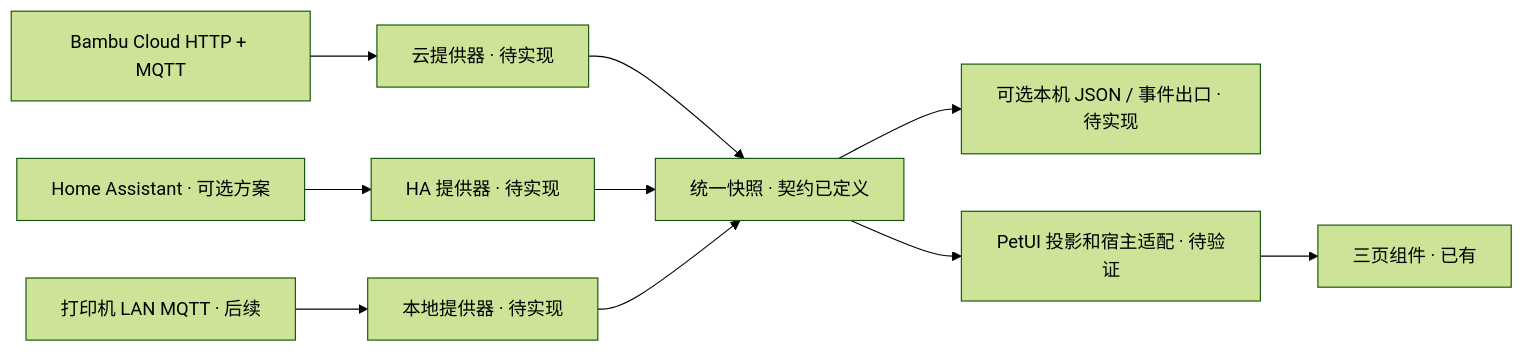
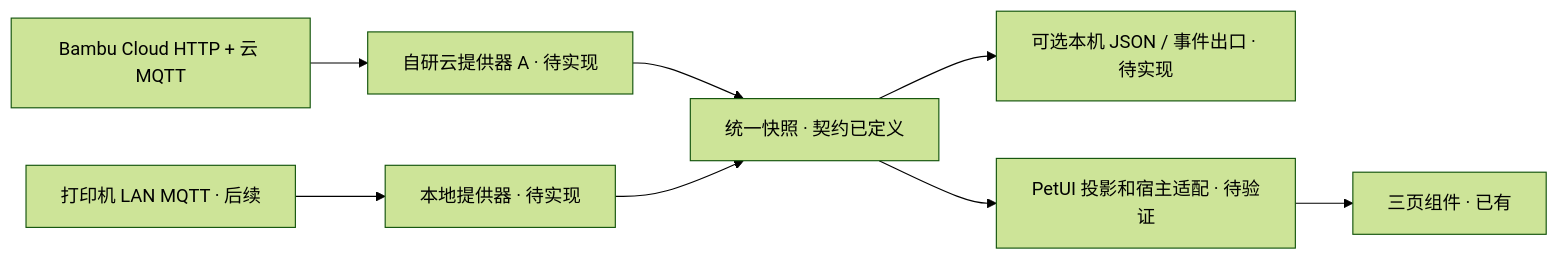
Before and after one commit to UpKiry/bambu-monitor: the diagram in docs/ARCHITECTURE.md, drawn with Mermaid (forest theme). The commit also changed other lines of this file and 11 other files, not shown here.

````diff
--- a/docs/ARCHITECTURE.md
+++ b/docs/ARCHITECTURE.md
@@ -7,12 +7,10 @@
 ```mermaid
 flowchart LR
-    Cloud["Bambu Cloud HTTP + MQTT"] --> CP["云提供器 · 待实现"]
-    HA["Home Assistant · 可选方案"] --> HP["HA 提供器 · 待实现"]
+    Cloud["Bambu Cloud HTTP + 云 MQTT"] --> CP["自研云提供器 A · 待实现"]
     LAN["打印机 LAN MQTT · 后续"] --> LP["本地提供器 · 待实现"]
     CP --> Model["统一快照 · 契约已定义"]
-    HP --> Model
     LP --> Model
     Model --> Export["可选本机 JSON / 事件出口 · 待实现"]
     Model --> Projection["PetUI 投影和宿主适配 · 待验证"]
     Projection --> UI["三页组件 · 已有"]
 ```
````
